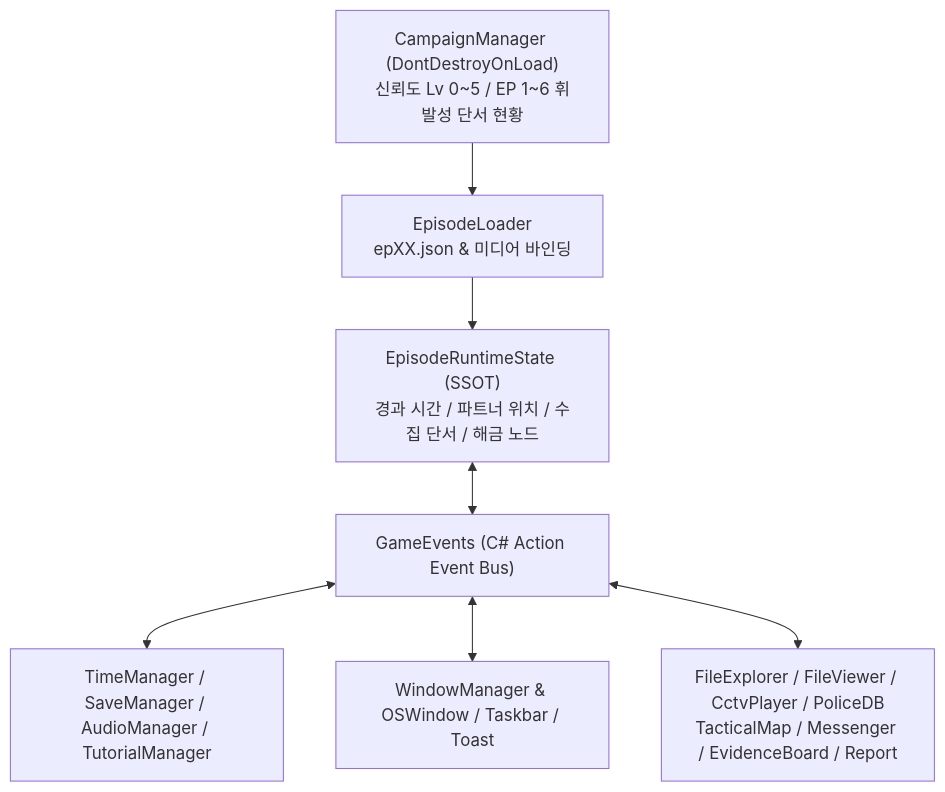
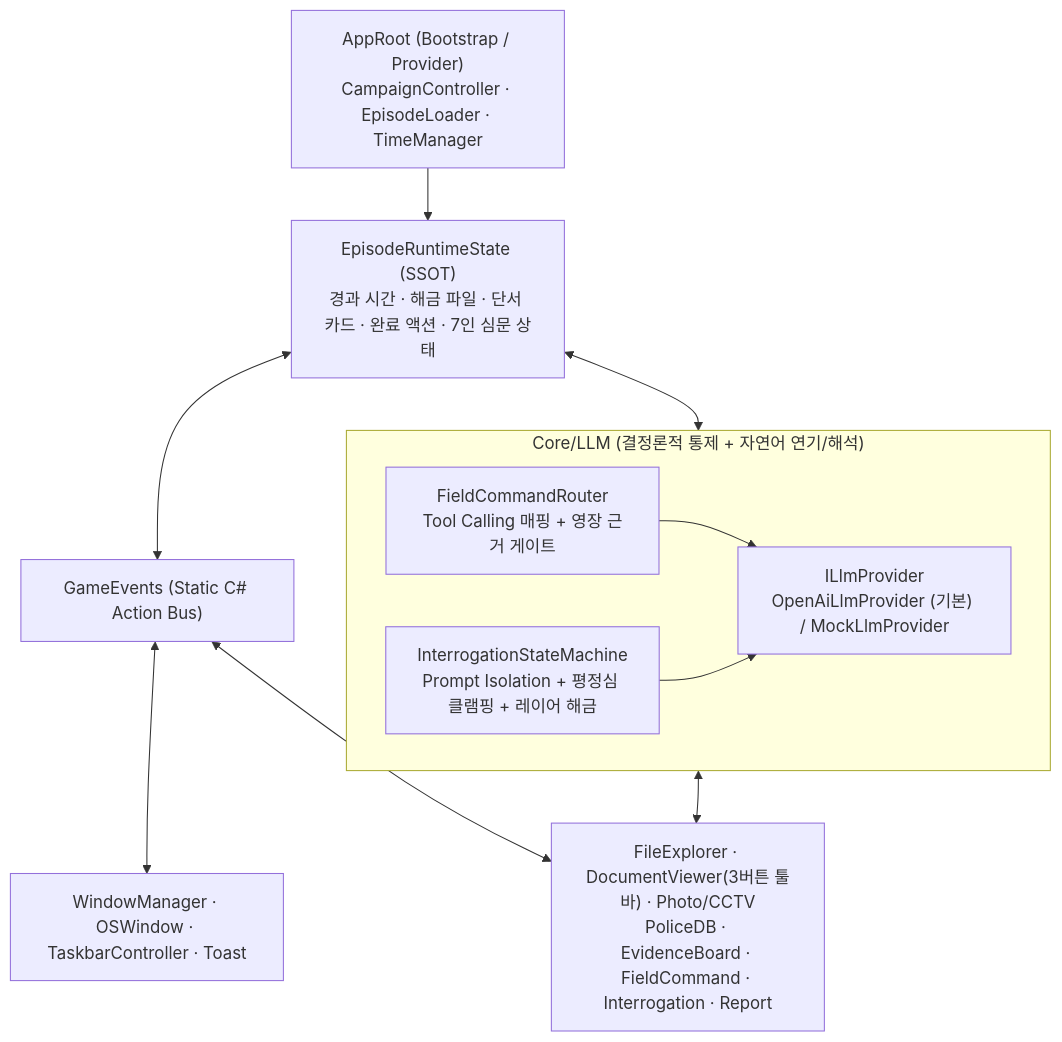
The diagram in .agents/12_UNITY_ARCHITECTURE_SPEC.md (LJS0817/detectiveGame), drawn with Mermaid before and after one commit. The commit also changed other lines of this file and 47 other files, not shown here.

````diff
--- a/.agents/12_UNITY_ARCHITECTURE_SPEC.md
+++ b/.agents/12_UNITY_ARCHITECTURE_SPEC.md
@@ -47,10 +60,18 @@
 ```mermaid
 flowchart TD
-    CAMP["CampaignManager (DontDestroyOnLoad)<br/>신뢰도 Lv 0~5 / EP 1~6 휘발성 단서 현황"] --> LOADER["EpisodeLoader<br/>epXX.json & 미디어 바인딩"]
-    LOADER --> STATE["EpisodeRuntimeState (SSOT)<br/>경과 시간 / 파트너 위치 / 수집 단서 / 해금 노드"]
-    STATE <--> BUS["GameEvents (C# Action Event Bus)"]
+    ROOT["AppRoot (Bootstrap / Provider)<br/>CampaignController · EpisodeLoader · TimeManager"] --> STATE["EpisodeRuntimeState (SSOT)<br/>경과 시간 · 해금 파일 · 단서 카드 · 완료 액션 · 7인 심문 상태"]
+    STATE <--> BUS["GameEvents (Static C# Action Bus)"]
 
-    BUS <--> CORE["TimeManager / SaveManager / AudioManager / TutorialManager"]
-    BUS <--> OS["WindowManager & OSWindow / Taskbar / Toast"]
-    BUS <--> APPS["FileExplorer / FileViewer / CctvPlayer / PoliceDB<br/>TacticalMap / Messenger / EvidenceBoard / Report"]
+    subgraph LLM_CORE["Core/LLM (결정론적 통제 + 자연어 연기/해석)"]
+        ROUTER["FieldCommandRouter<br/>Tool Calling 매핑 + 영장 근거 게이트"]
+        ISM["InterrogationStateMachine<br/>Prompt Isolation + 평정심 클램핑 + 레이어 해금"]
+        PROV["ILlmProvider<br/>OpenAiLlmProvider (기본) / MockLlmProvider"]
+        ROUTER --> PROV
+        ISM --> PROV
+    end
+
+    STATE <--> LLM_CORE
+    BUS <--> OS["WindowManager · OSWindow · TaskbarController · Toast"]
+    BUS <--> APPS["FileExplorer · DocumentViewer(3버튼 툴바) · Photo/CCTV<br/>PoliceDB · EvidenceBoard · FieldCommand · Interrogation · Report"]
+    LLM_CORE <--> APPS
 ```
````
